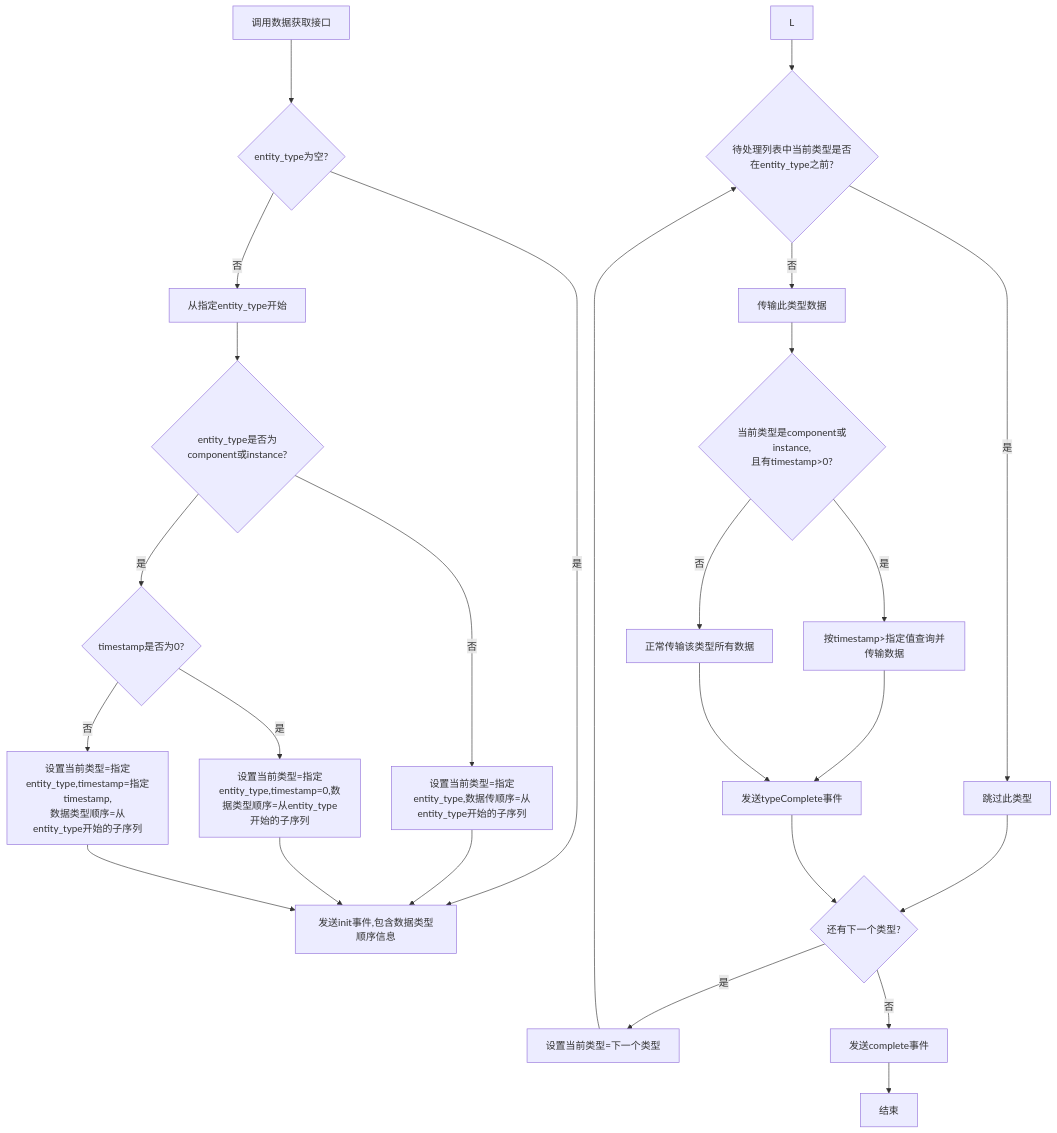
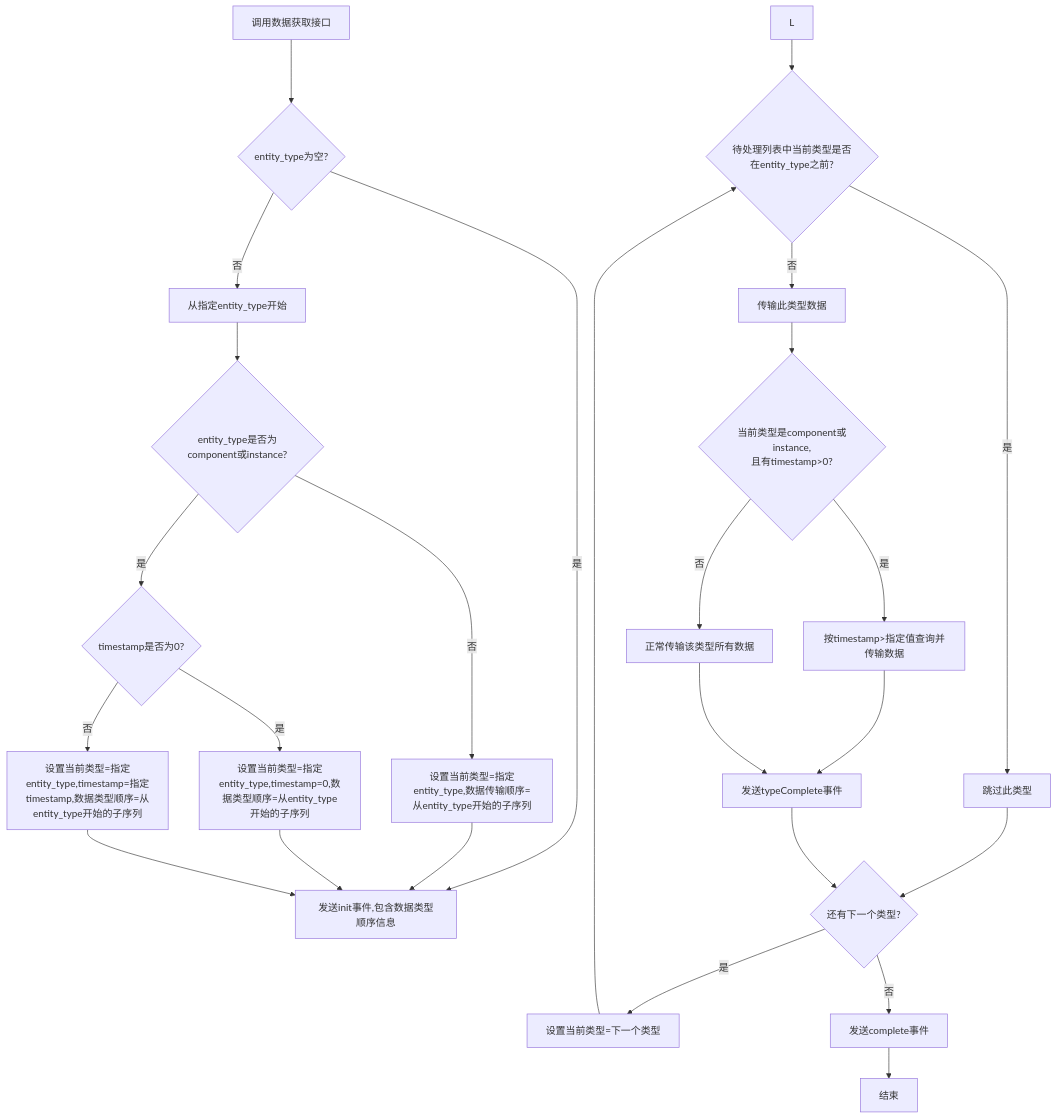
The diagram in all/未命名-59.md (yingjianzh/iodraw-files), drawn with Mermaid before and after one commit.

Commit message:
2025-05-14 15:41:13 update

````diff
--- a/all/未命名-59.md
+++ b/all/未命名-59.md
@@ -1,38 +1,38 @@
 ```mermaid
 flowchart TD
     A[调用数据获取接口] --> B{entity_type为空?}
 
     B -->|是| K[发送init事件,包含数据类型顺序信息]
     B -->|否| D[从指定entity_type开始]
     
     D --> F{entity_type是否为component或instance?}
     
-    F -->|否| G[设置当前类型=指定entity_type,数据传顺序=从entity_type开始的子序列]
+    F -->|否| G[设置当前类型=指定entity_type,数据传输顺序=从entity_type开始的子序列]
     F -->|是| H{timestamp是否为0?}
     
     H -->|是| I[设置当前类型=指定entity_type,timestamp=0,数据类型顺序=从entity_type开始的子序列]
-    H -->|否| J[设置当前类型=指定entity_type,timestamp=指定timestamp,\n数据类型顺序=从entity_type开始的子序列]
+    H -->|否| J[设置当前类型=指定entity_type,timestamp=指定timestamp,数据类型顺序=从entity_type开始的子序列]
     
     G --> K
     I --> K
     J --> K
     
     L --> M{待处理列表中当前类型是否在entity_type之前?}
     M -->|是| N[跳过此类型]
     M -->|否| O[传输此类型数据]
     
     O --> P{当前类型是component或instance,\n且有timestamp>0?}
     P -->|是| Q[按timestamp>指定值查询并传输数据]
     P -->|否| R[正常传输该类型所有数据]
     
     Q --> S[发送typeComplete事件]
     R --> S
     N --> T{还有下一个类型?}
     S --> T
     
     T -->|是| U[设置当前类型=下一个类型]
     T -->|否| V[发送complete事件]
     
     U --> M
     V --> W[结束]
 ```
````
